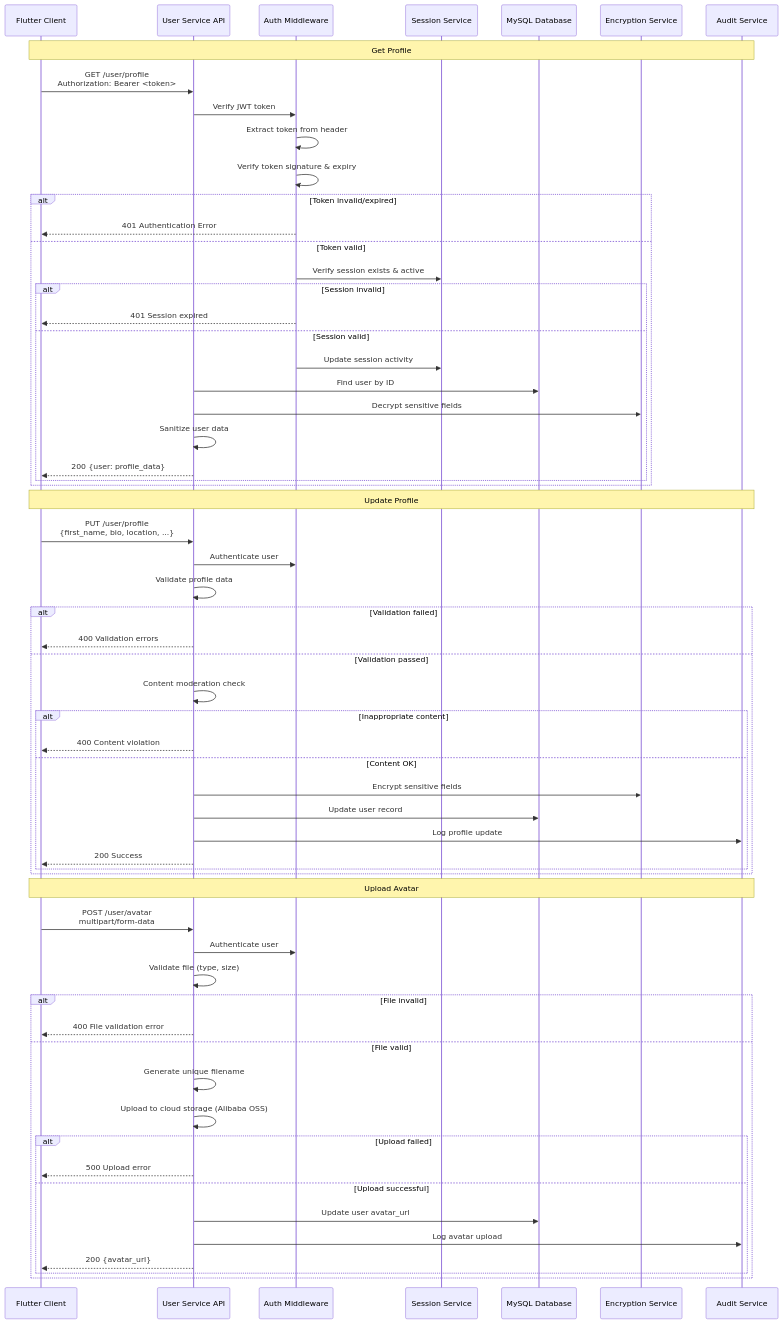
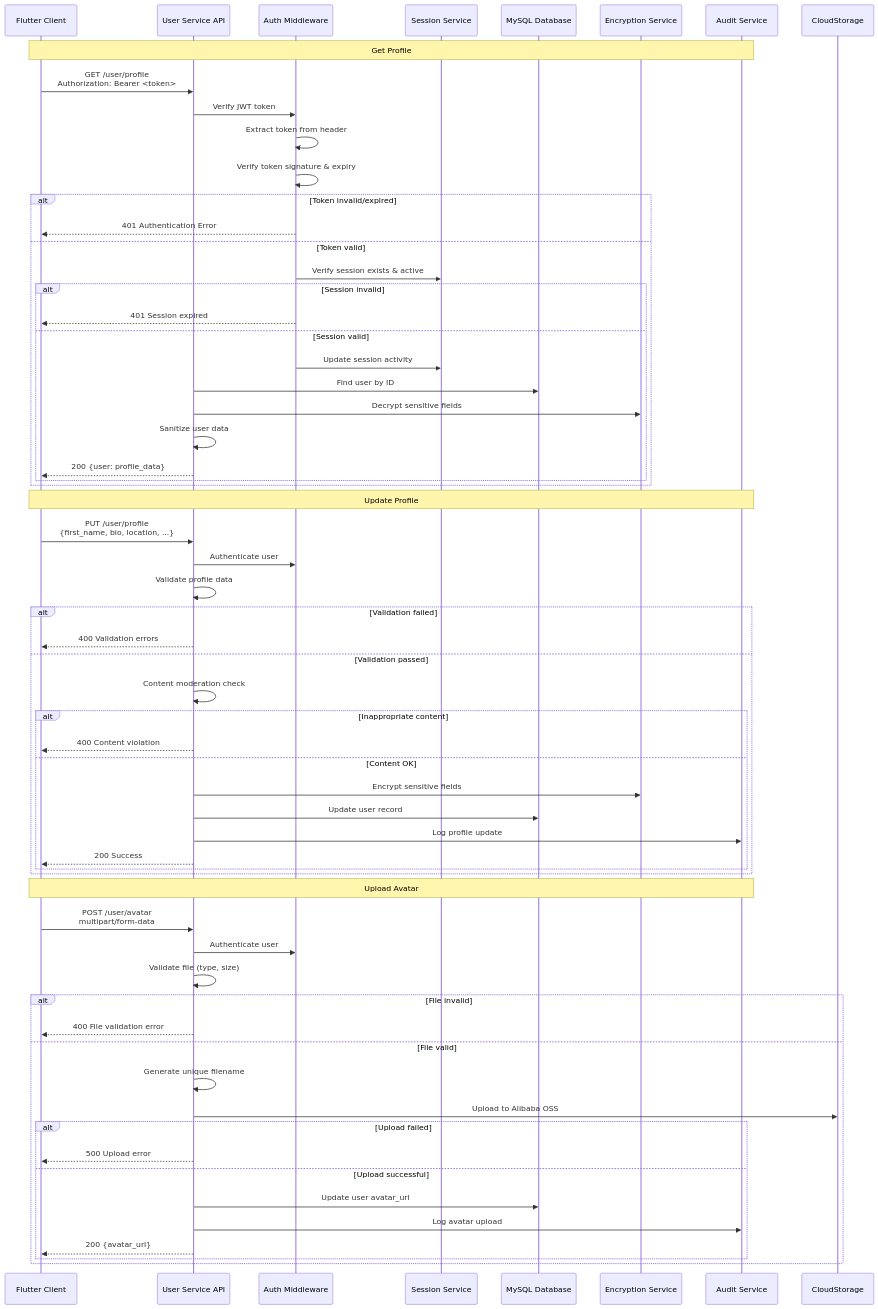
One commit to silver2843441367/lianxin changed the third of 21 diagrams in docs/API_WORKFLOW_DIAGRAMS.md. Above: the diagram before and after it, drawn with Mermaid. The commit also changed other lines of this file and 3 other files, not shown here.

````diff
--- a/docs/API_WORKFLOW_DIAGRAMS.md
+++ b/docs/API_WORKFLOW_DIAGRAMS.md
@@ -133,66 +133,66 @@
 ```mermaid
 sequenceDiagram
     participant Client as Flutter Client
     participant API as User Service API
     participant Auth as Auth Middleware
     participant Session as Session Service
     participant DB as MySQL Database
     participant Encrypt as Encryption Service
     participant Audit as Audit Service
 
     Note over Client,Audit: Get Profile
     Client->>API: GET /user/profile<br/>Authorization: Bearer <token>
     API->>Auth: Verify JWT token
     Auth->>Auth: Extract token from header
     Auth->>Auth: Verify token signature & expiry
     alt Token invalid/expired
         Auth-->>Client: 401 Authentication Error
     else Token valid
         Auth->>Session: Verify session exists & active
         alt Session invalid
             Auth-->>Client: 401 Session expired
         else Session valid
             Auth->>Session: Update session activity
             API->>DB: Find user by ID
             API->>Encrypt: Decrypt sensitive fields
             API->>API: Sanitize user data
             API-->>Client: 200 {user: profile_data}
         end
     end
 
     Note over Client,Audit: Update Profile
     Client->>API: PUT /user/profile<br/>{first_name, bio, location, ...}
     API->>Auth: Authenticate user
     API->>API: Validate profile data
     alt Validation failed
         API-->>Client: 400 Validation errors
     else Validation passed
         API->>API: Content moderation check
         alt Inappropriate content
             API-->>Client: 400 Content violation
         else Content OK
             API->>Encrypt: Encrypt sensitive fields
             API->>DB: Update user record
             API->>Audit: Log profile update
             API-->>Client: 200 Success
         end
     end
 
     Note over Client,Audit: Upload Avatar
     Client->>API: POST /user/avatar<br/>multipart/form-data
     API->>Auth: Authenticate user
     API->>API: Validate file (type, size)
     alt File invalid
         API-->>Client: 400 File validation error
     else File valid
         API->>API: Generate unique filename
-        API->>API: Upload to cloud storage (Alibaba OSS)
+        API->>CloudStorage: Upload to Alibaba OSS
         alt Upload failed
             API-->>Client: 500 Upload error
         else Upload successful
             API->>DB: Update user avatar_url
             API->>Audit: Log avatar upload
             API-->>Client: 200 {avatar_url}
         end
     end
 ```
````
